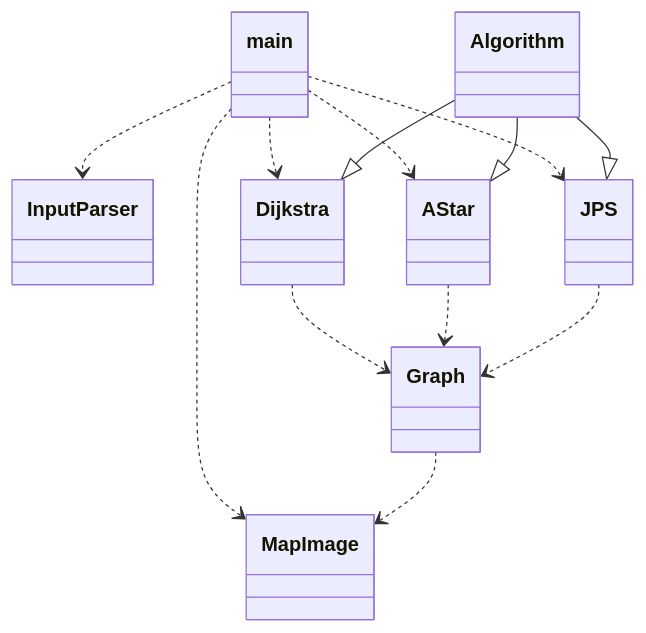
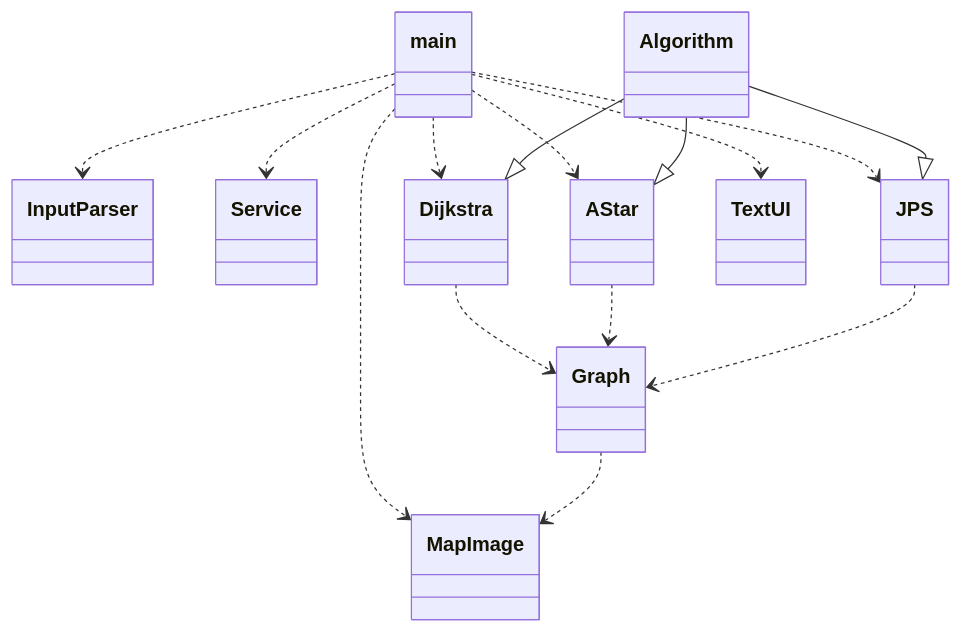
One commit to antonlep/shortest-path changed the diagram in documentation/implementation.md. Above: the diagram before and after it, drawn with Mermaid.

````diff
--- a/documentation/implementation.md
+++ b/documentation/implementation.md
@@ -3,31 +3,33 @@
 ```mermaid
  classDiagram
       main ..> InputParser
+      main ..> Service
       main ..> Dijkstra
       main ..> AStar
       main ..> JPS
       main ..> MapImage
+      main ..> TextUI
       Dijkstra ..> Graph
       AStar ..> Graph
       JPS ..> Graph
       Graph ..> MapImage
       Algorithm --|> Dijkstra
       Algorithm --|> AStar
       Algorithm --|> JPS
       class main{
       }
       class InputParser{
       }
       class Algorithm{
       }
       class MapImage{
       }
       class Graph{
       }
       class Dijkstra{
       }
       class AStar{
       }
       class JPS{
       }
 ```
````
